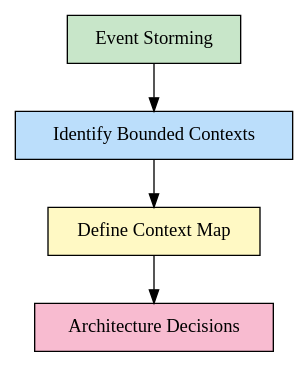
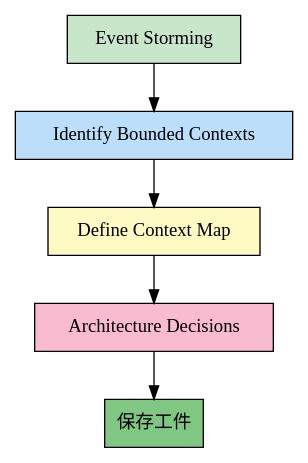
Before and after one commit to konglong87/methodology-skills: the diagram in skills/ddd-strategic-design/SKILL.md, drawn with Graphviz. The commit also changed other lines of this file and 12 other files, not shown here.

````diff
--- a/skills/ddd-strategic-design/SKILL.md
+++ b/skills/ddd-strategic-design/SKILL.md
@@ -35,13 +128,15 @@
 ```dot
 digraph strategic_design {
     rankdir=TB;
     "Event Storming" [shape=box, style=filled, fillcolor="#c8e6c9"];
     "Identify Bounded Contexts" [shape=box, style=filled, fillcolor="#bbdefb"];
     "Define Context Map" [shape=box, style=filled, fillcolor="#fff9c4"];
     "Architecture Decisions" [shape=box, style=filled, fillcolor="#f8bbd0"];
+    "保存工件" [shape=box, style=filled, fillcolor="#81c784"];
 
     "Event Storming" -> "Identify Bounded Contexts";
     "Identify Bounded Contexts" -> "Define Context Map";
     "Define Context Map" -> "Architecture Decisions";
+    "Architecture Decisions" -> "保存工件";
 }
 ```
````
